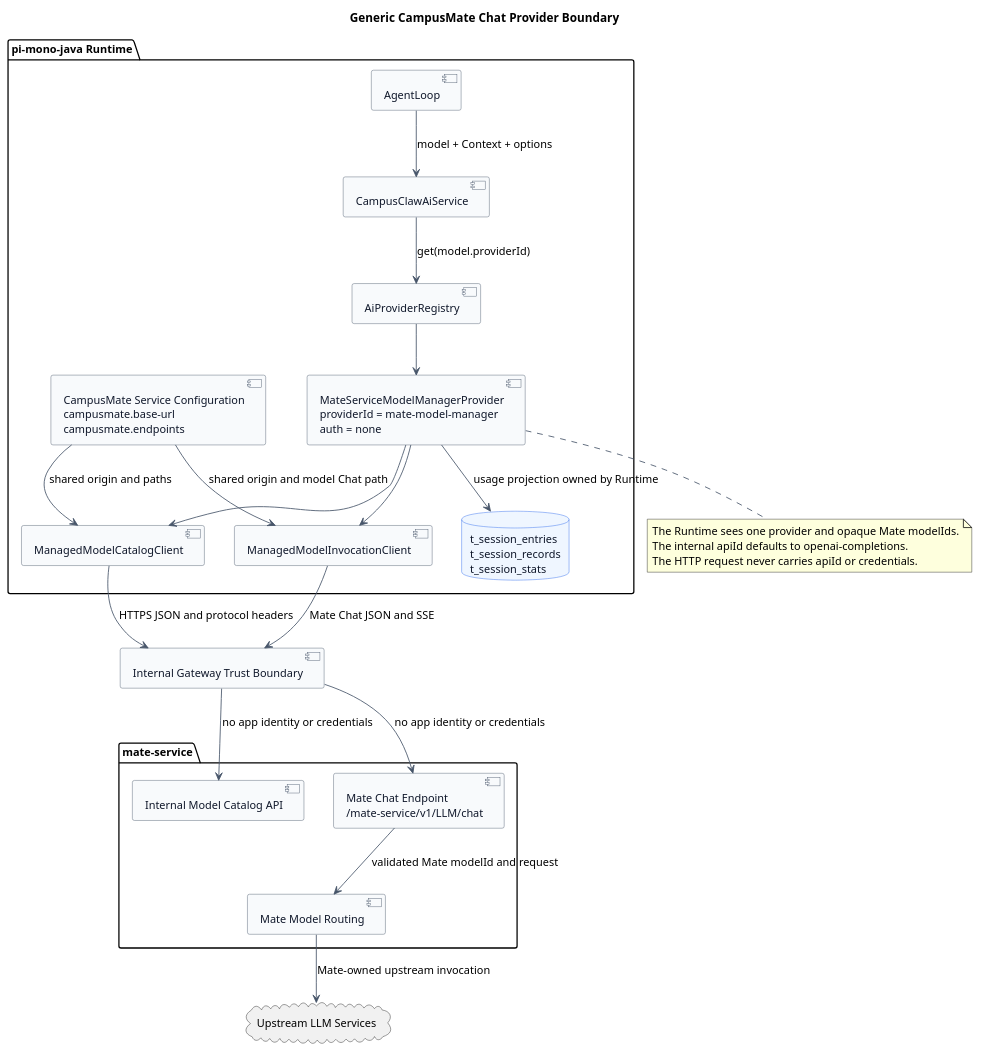
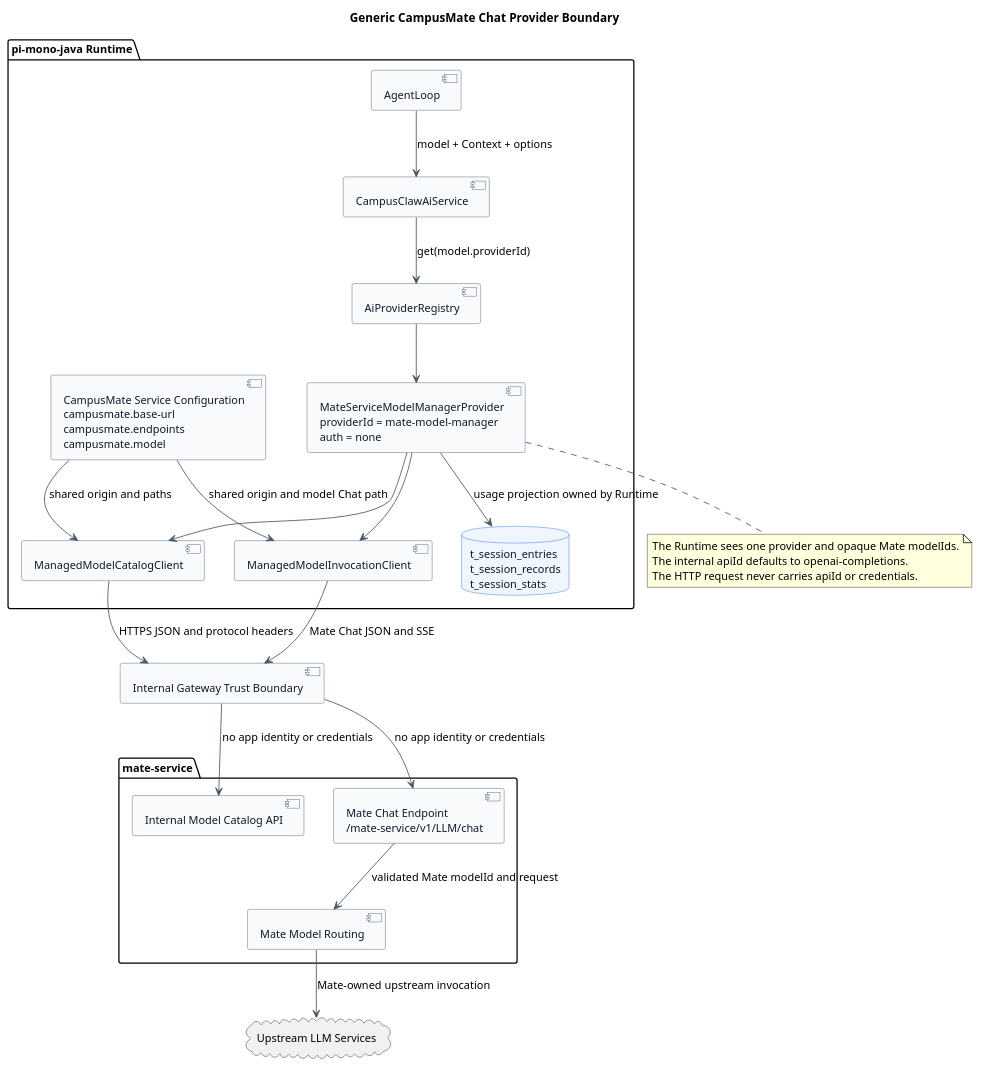
Before and after one commit to ssm0808/pi-mono-java-design: the second of 5 diagrams in model-manager-provider-contract/diagram.puml, drawn with PlantUML. The commit also changed other lines of this file and 8 other files, not shown here.

```diff
--- a/model-manager-provider-contract/diagram.puml
+++ b/model-manager-provider-contract/diagram.puml
@@ -69,73 +69,74 @@
 @startuml generic_provider_boundary
 title Generic CampusMate Chat Provider Boundary
 
 ' Source evidence:
 ' pi-mono packages/ai/src/models.ts: ModelsImpl.requireProvider and stream
 ' pi-mono packages/ai/src/api/openai-completions.ts: stream, convertMessages, and usage parsing
 ' pi-mono-java modules/ai/src/main/java/com/campusclaw/ai/CampusClawAiService.java: resolveProvider
 ' pi-mono-java modules/ai/src/main/java/com/campusclaw/ai/provider/openai/OpenAICompletionsProvider.java: buildParams and parseUsage
 ' pi-mono-java modules/coding-agent-cli/src/main/resources/application.yml:89-108
 ' mate-service src/main/java/com/huawei/hicampus/mate/agentdefinition/modelmanager/controller/LlmChatController.java:35-55
 ' Architecture change: Java resolves an AiProvider by model.providerId and uses an internally configured apiId.
 ' Observed behavior: mate-service implements POST /mate-service/v1/LLM/chat at baseline 956b547f.
 ' Architecture change: all clients read one campusmate tree with a shared base URL and endpoint catalog.
+' Architecture change: target model options bind to campusmate.model, not campusmate.model-manager.
 ' Product constraint: CampusClaw and Mate exchange no application identity or credential headers.
 ' Scope boundary: Mate routing, credentials, and upstream field adaptation are internal Mate concerns.
 
 skinparam backgroundColor #FFFFFF
 skinparam shadowing false
 skinparam defaultFontName Arial
 skinparam defaultFontSize 13
 skinparam component {
   BackgroundColor #F8FAFC
   BorderColor #475569
   FontColor #0F172A
 }
 skinparam database {
   BackgroundColor #EFF6FF
   BorderColor #2563EB
   FontColor #0F172A
 }
 skinparam ArrowColor #475569
 
 package "pi-mono-java Runtime" {
-  [CampusMate Service Configuration\ncampusmate.base-url\ncampusmate.endpoints] as CampusMateConfig
+  [CampusMate Service Configuration\ncampusmate.base-url\ncampusmate.endpoints\ncampusmate.model] as CampusMateConfig
   [AgentLoop] as Loop
   [CampusClawAiService] as AiService
   [AiProviderRegistry] as Registry
   [MateServiceModelManagerProvider\nproviderId = mate-model-manager\nauth = none] as GenericProvider
   [ManagedModelCatalogClient] as CatalogClient
   [ManagedModelInvocationClient] as InvocationClient
   database "t_session_entries\nt_session_records\nt_session_stats" as SessionStore
 }
 
 package "mate-service" {
   [Internal Model Catalog API] as CatalogApi
   [Mate Chat Endpoint\n/mate-service/v1/LLM/chat] as ChatApi
   [Mate Model Routing] as Router
 }
 
 cloud "Upstream LLM Services" as Vendors
 [Internal Gateway Trust Boundary] as Gateway
 
 Loop --> AiService : model + Context + options
 AiService --> Registry : get(model.providerId)
 Registry --> GenericProvider
 GenericProvider --> CatalogClient
 GenericProvider --> InvocationClient
 CampusMateConfig --> CatalogClient : shared origin and paths
 CampusMateConfig --> InvocationClient : shared origin and model Chat path
 GenericProvider --> SessionStore : usage projection owned by Runtime
 CatalogClient --> Gateway : HTTPS JSON and protocol headers
 InvocationClient --> Gateway : Mate Chat JSON and SSE
 Gateway --> CatalogApi : no app identity or credentials
 Gateway --> ChatApi : no app identity or credentials
 ChatApi --> Router : validated Mate modelId and request
 Router --> Vendors : Mate-owned upstream invocation
 
 note bottom of GenericProvider
 The Runtime sees one provider and opaque Mate modelIds.
 The internal apiId defaults to openai-completions.
 The HTTP request never carries apiId or credentials.
 end note
 @enduml
```
